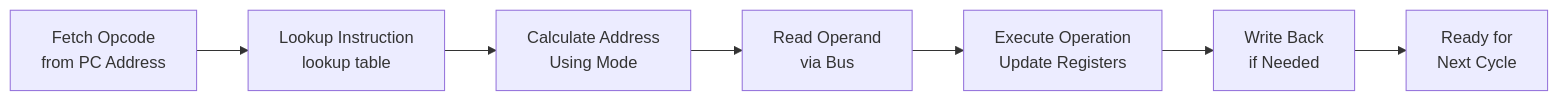
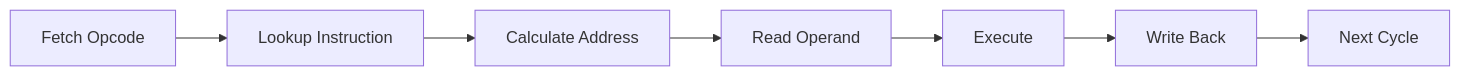
The third of 3 diagrams in README.md (hamed-rezaee/fnes), drawn with Mermaid before and after one commit. The commit also changed other lines of this file and 16 other files, not shown here.

````diff
--- a/README.md
+++ b/README.md
@@ -107,11 +102,11 @@
 ```mermaid
 %%{init: {'theme': 'flat'}}%%
 graph LR
-    FETCH["Fetch Opcode<br/>from PC Address"] -->
-    DECODE["Lookup Instruction<br/>lookup table"] -->
-    ADDR["Calculate Address<br/>Using Mode"] -->
-    READ["Read Operand<br/>via Bus"] -->
-    EXEC["Execute Operation<br/>Update Registers"] -->
-    WRITE["Write Back<br/>if Needed"] -->
-    NEXT["Ready for<br/>Next Cycle"]
+    FETCH["Fetch Opcode"] -->
+    DECODE["Lookup Instruction"] -->
+    ADDR["Calculate Address"] -->
+    READ["Read Operand"] -->
+    EXEC["Execute"] -->
+    WRITE["Write Back"] -->
+    NEXT["Next Cycle"]
 ```
````
